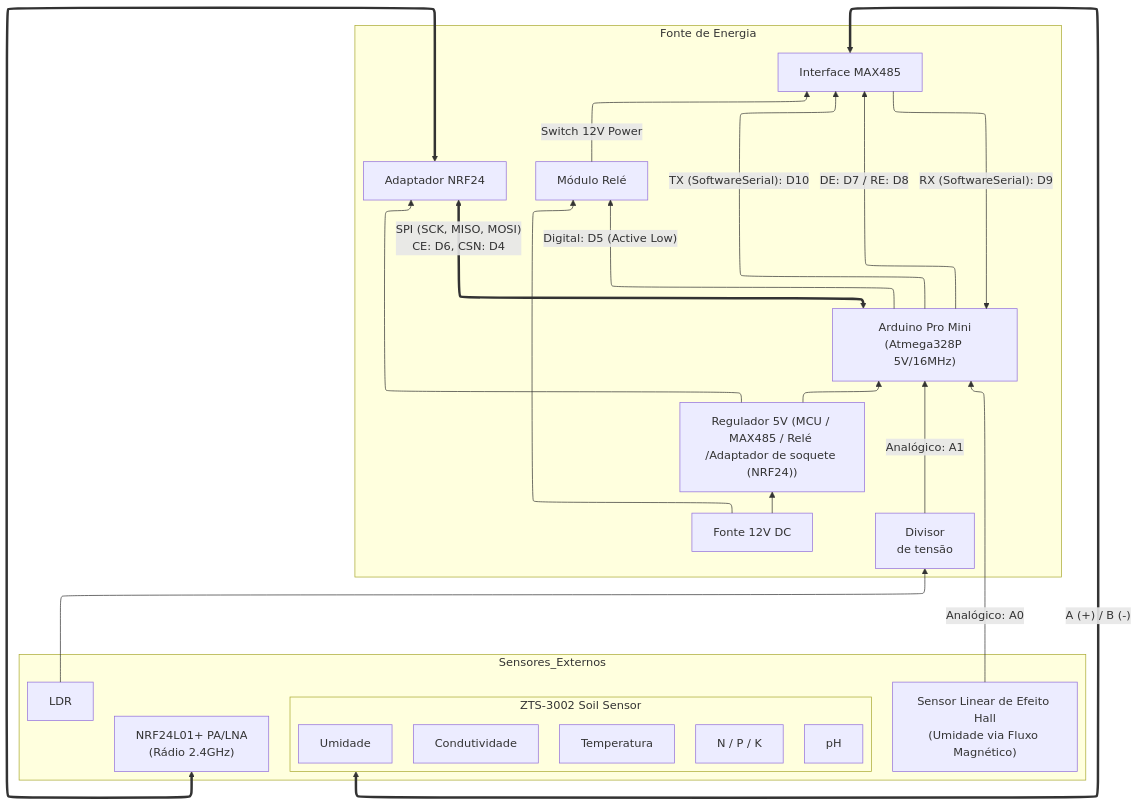
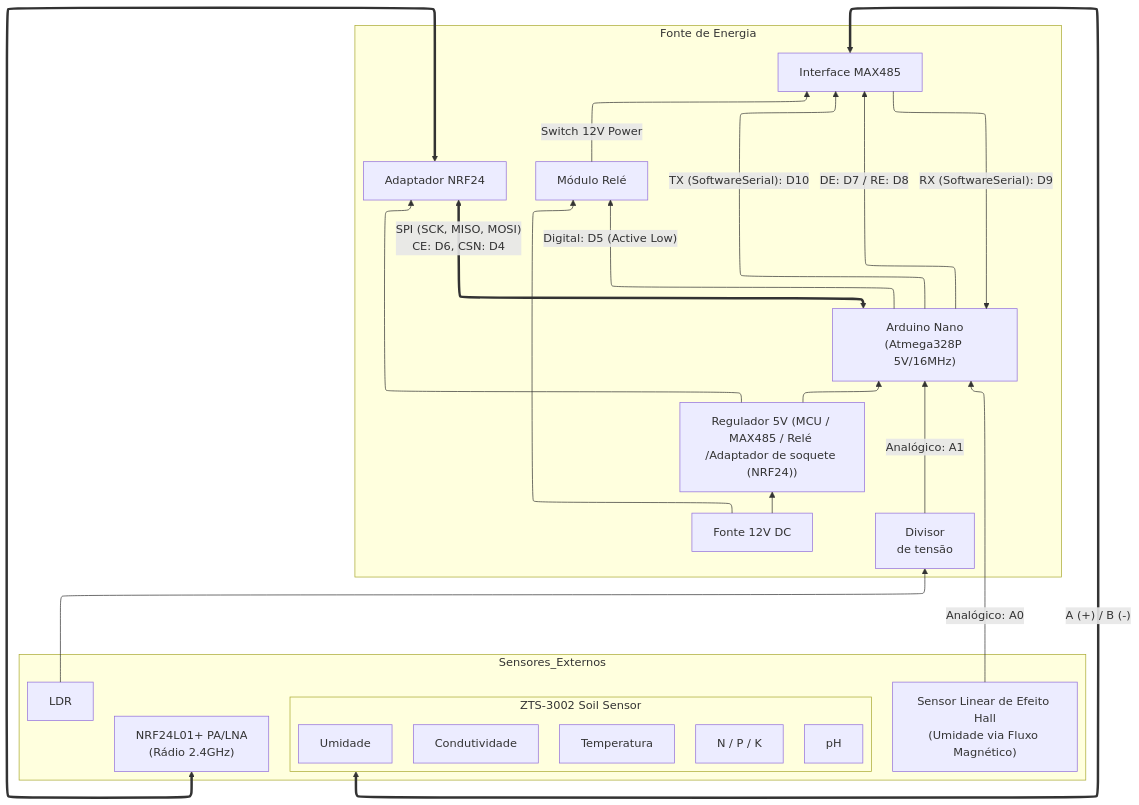
The diagram in src/DRY/nos/13nodeZTS_UmidadeHall/diagrama de bloco.md (heliomx/m360_horta), drawn with Mermaid before and after one commit. The commit also changed 15 other files, not shown here.

````diff
--- a/src/DRY/nos/13nodeZTS_UmidadeHall/diagrama de bloco.md
+++ b/src/DRY/nos/13nodeZTS_UmidadeHall/diagrama de bloco.md
@@ -5,48 +5,48 @@
 ```mermaid
 ---
 config:
   layout: elk
 ---
 flowchart BT
   subgraph ZTS["ZTS-3002 Soil Sensor"]
     ZTS_Moist["Umidade"]
     ZTS_Temp["Temperatura"]
     ZTS_Cond["Condutividade"]
     ZTS_pH["pH"]
     ZTS_NPK["N / P / K"]
   end
   subgraph Sensores_Externos["Sensores_Externos"]
     ZTS
     LDR["LDR"]
     Hall["Sensor Linear de Efeito Hall<br>(Umidade via Fluxo Magnético)"]
     Radio["NRF24L01+ PA/LNA<br>(Rádio 2.4GHz)"]
   end
   subgraph Power["Fonte de Energia"]
     PS["Fonte 12V DC"]
     Reg5V@{ shape: rect, label: "Regulador 5V (MCU / MAX485 / Relé /<span style=\"color:\">Adaptador de soquete (NRF24)</span>)" }
-    MCU["Arduino Pro Mini<br>(Atmega328P 5V/16MHz)"]
+    MCU["Arduino Nano<br>(Atmega328P 5V/16MHz)"]
     Divisor["Divisor<br>de tensão<br>"]
     AdaptadorNRF["Adaptador NRF24<br>"]
     Relay["Módulo Relé"]
     MAX["Interface MAX485"]
   end
   MCU <== "SPI (SCK, MISO, MOSI)<br>CE: D6, CSN: D4" ==> AdaptadorNRF
   MCU -- TX (SoftwareSerial): D10 --> MAX
   MCU -- "Digital: D5 (Active Low)" --> Relay
   MCU -- "DE: D7 / RE: D8" --> MAX
   Divisor -- "Analógico: A1" --> MCU
   MAX -- RX (SoftwareSerial): D9 --> MCU
   ZTS --- ZTS_Moist
   ZTS --- ZTS_Temp
   ZTS --- ZTS_pH
   ZTS --- ZTS_NPK
   MAX <== "A (+) / B (-)" ==> ZTS
   Hall -- "Analógico: A0" --> MCU
   LDR --> Divisor
   Relay -- "Switch 12V Power" --> MAX
   PS --> Reg5V
   PS --> Relay
   Reg5V --> MCU
   Reg5V --> AdaptadorNRF
   AdaptadorNRF <==> Radio
 ```
````
